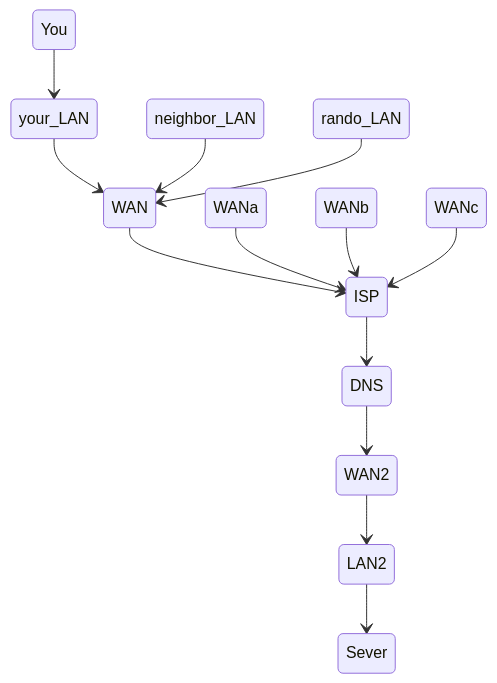
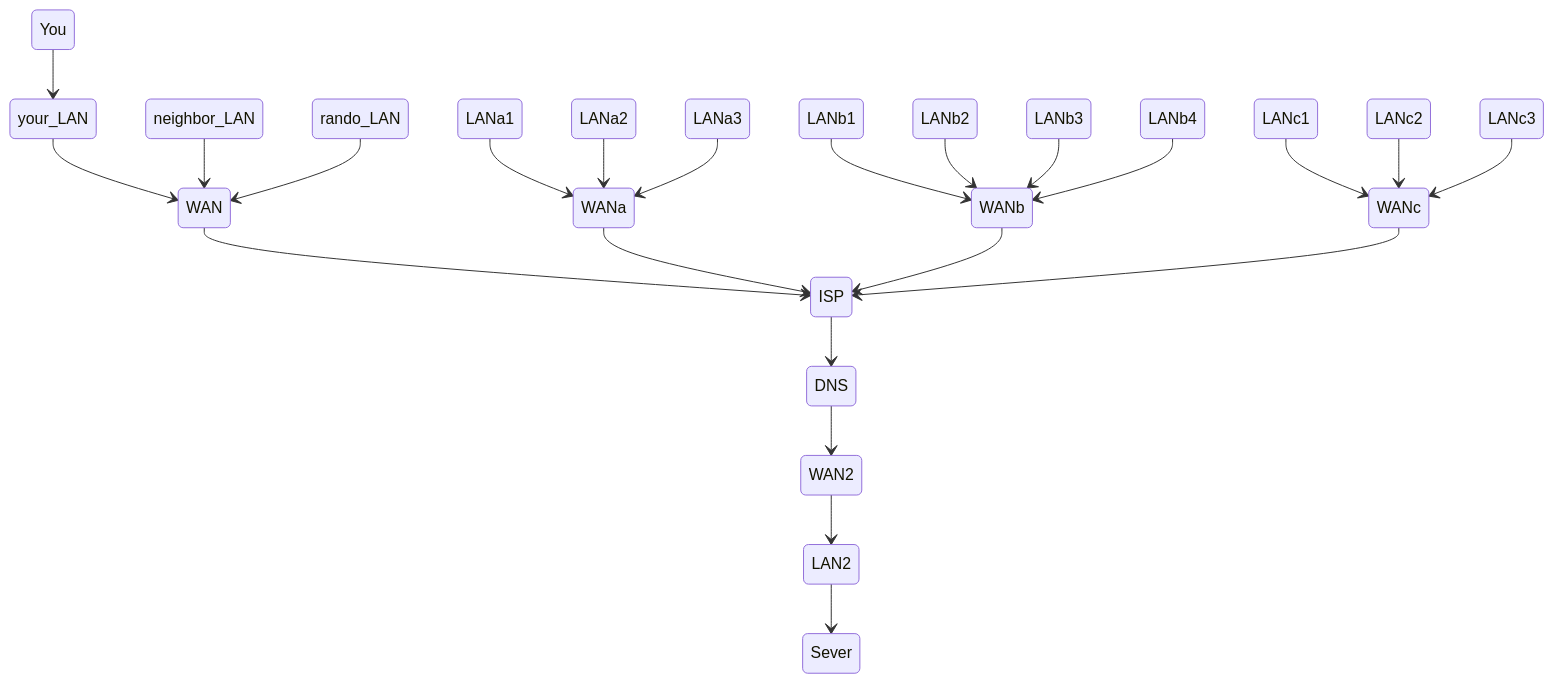
Before and after one commit to omahane/intro-to-web-development: the diagram in README.md, drawn with Mermaid.

````diff
--- a/README.md
+++ b/README.md
@@ -3,15 +3,25 @@
 ```mermaid
 stateDiagram-v2
     You --> your_LAN
     your_LAN --> WAN
     neighbor_LAN --> WAN
     rando_LAN --> WAN
     WAN --> ISP
+    LANa1 --> WANa
+    LANa2 --> WANa
+    LANa3 --> WANa
     WANa --> ISP
+    LANb1 --> WANb
+    LANb2 --> WANb
+    LANb3 --> WANb
+    LANb4 --> WANb
     WANb --> ISP
+    LANc1 --> WANc
+    LANc2 --> WANc
+    LANc3 --> WANc
     WANc --> ISP
     ISP --> DNS
     DNS --> WAN2
     WAN2 --> LAN2
     LAN2 --> Sever
 ```
````
